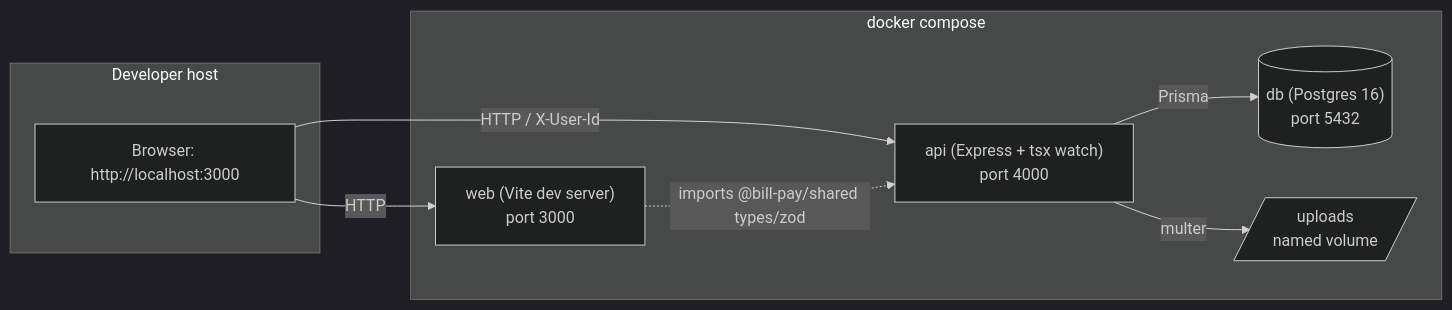
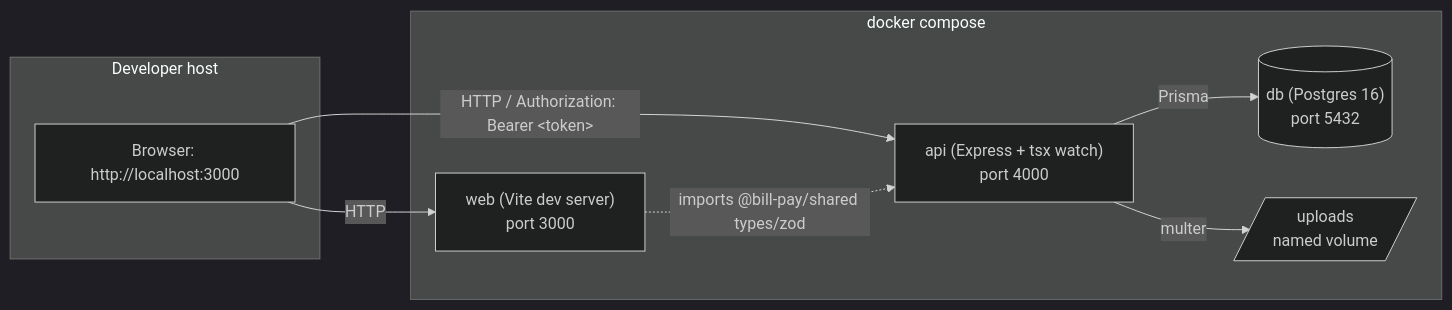
The first of 13 diagrams in docs/specs/bill-pay-mvp.md (devmates-io/trashlab-challenge), drawn with Mermaid (dark theme) before and after one commit. The commit also changed other lines of this file and 1 other file, not shown here.

````diff
--- a/docs/specs/bill-pay-mvp.md
+++ b/docs/specs/bill-pay-mvp.md
@@ -639,19 +660,19 @@
 ```mermaid
 flowchart LR
     subgraph host["Developer host"]
         browser["Browser: http://localhost:3000"]
     end
 
     subgraph compose["docker compose"]
         web["web (Vite dev server)<br/>port 3000"]
         api["api (Express + tsx watch)<br/>port 4000"]
         db[("db (Postgres 16)<br/>port 5432")]
         uploads[/"uploads<br/>named volume"/]
     end
 
     browser -- HTTP --> web
-    browser -- "HTTP / X-User-Id" --> api
+    browser -- "HTTP / Authorization: Bearer &lt;token&gt;" --> api
     api -- "Prisma" --> db
     api -- "multer" --> uploads
     web -. "imports @bill-pay/shared types/zod" .-> api
 ```
````
